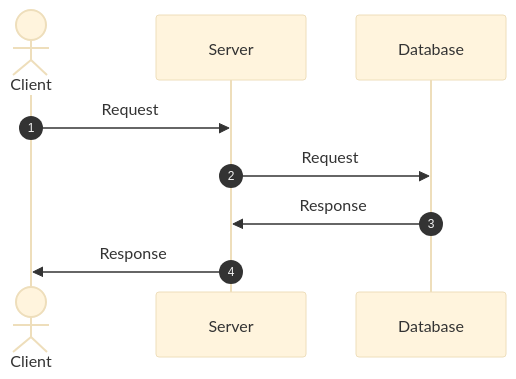
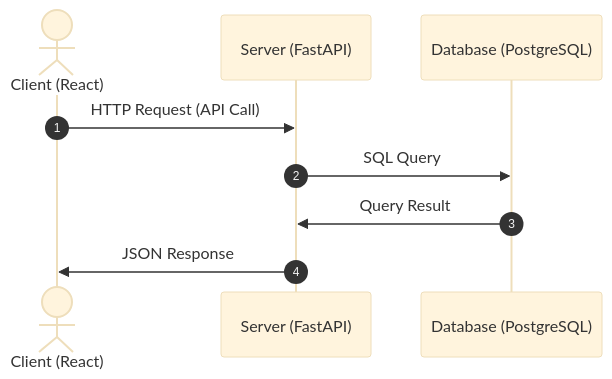
One commit to argon-dev22/template.utils changed the diagram in README.md. Above: the diagram before and after it, drawn with Mermaid (base theme). The commit also changed 13 other files, not shown here.

Commit message:
feat: Add a sample task management application using React and FastAPI, and update the README.md.

````diff
--- a/README.md
+++ b/README.md
@@ -13,11 +13,11 @@
 ```mermaid
 sequenceDiagram
     autonumber
-    actor CL as Client
-    participant SV as Server
-    participant DB as Database
-    CL->>SV: Request
-    SV->>DB: Request
-    DB->>SV: Response
-    SV->>CL: Response
+    actor CL as Client (React)
+    participant SV as Server (FastAPI)
+    participant DB as Database (PostgreSQL)
+    CL->>SV: HTTP Request (API Call)
+    SV->>DB: SQL Query
+    DB->>SV: Query Result
+    SV->>CL: JSON Response
 ```
````
